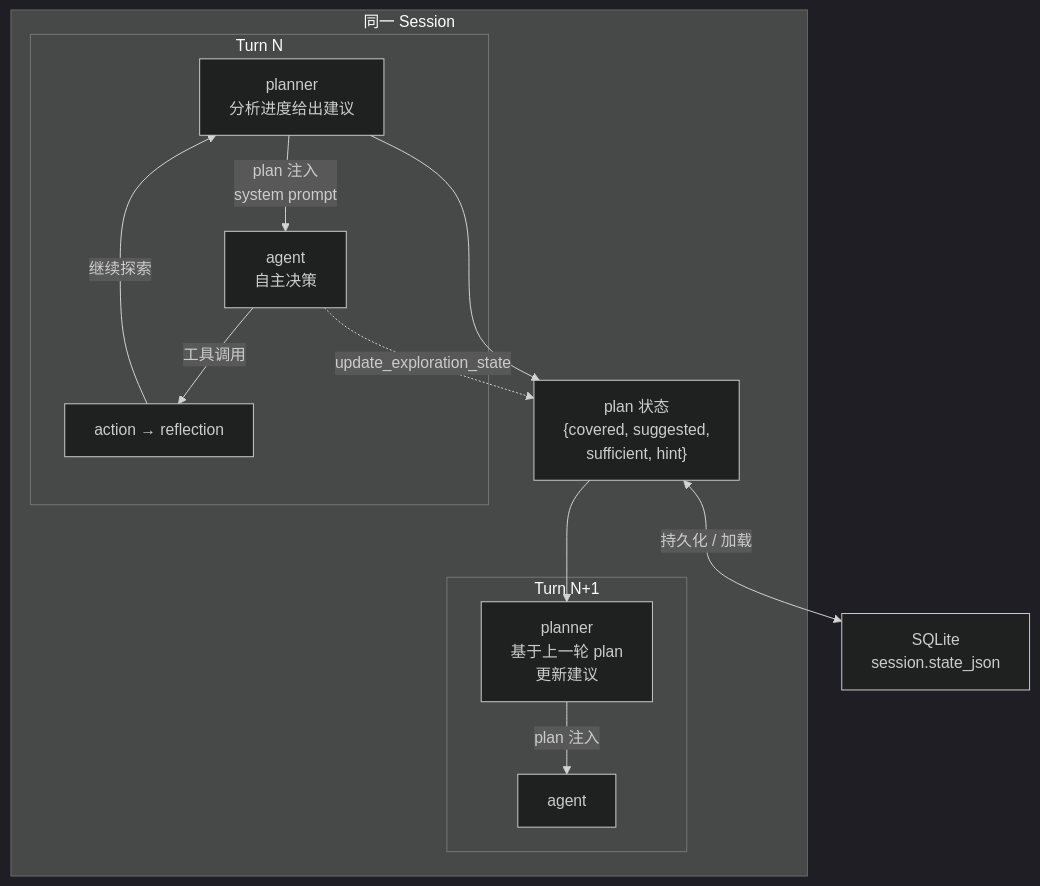
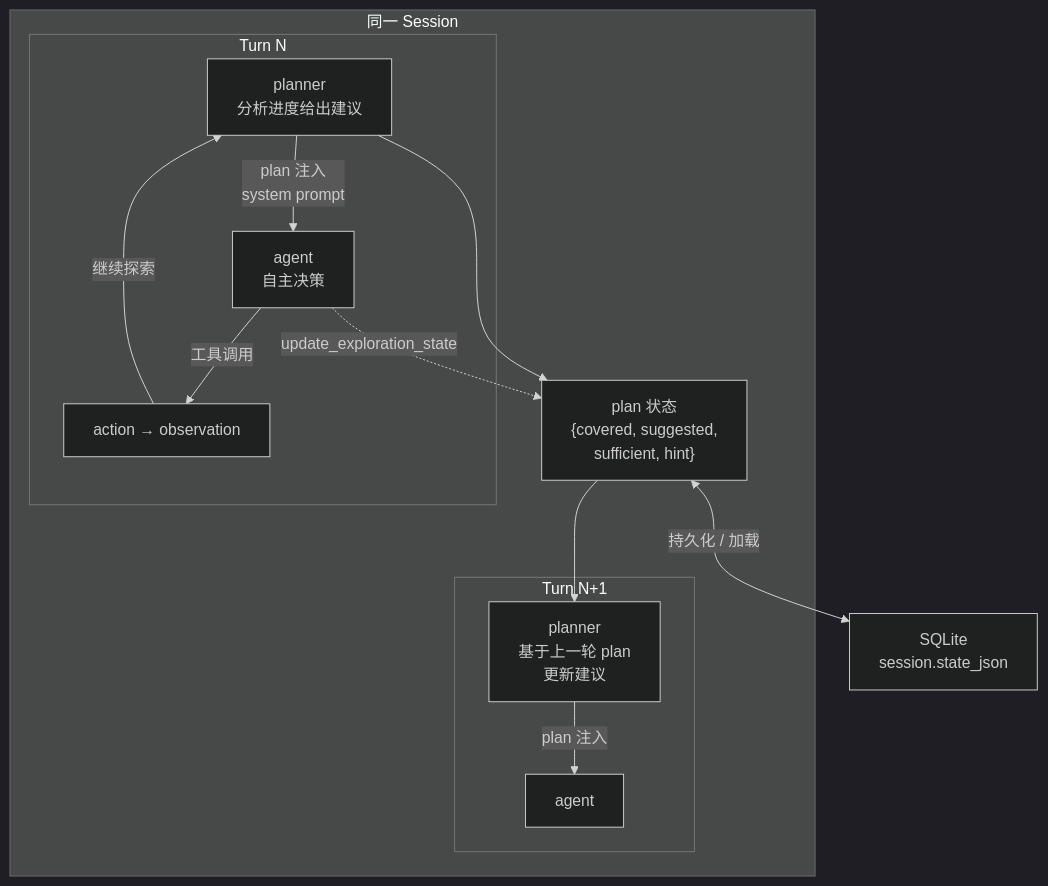
The tenth of 14 diagrams in README.md (xiao-Huahuo/Agent-Core-Service), drawn with Mermaid (dark theme) before and after one commit. The commit also changed other lines of this file and 14 other files, not shown here.

````diff
--- a/README.md
+++ b/README.md
@@ -447,22 +447,22 @@
 ```mermaid
 flowchart TD
     subgraph session["同一 Session"]
         subgraph turn1["Turn N"]
             P1["planner<br/>分析进度给出建议"] -->|"plan 注入<br/>system prompt"| A1["agent<br/>自主决策"]
-            A1 -->|"工具调用"| T1["action → reflection"]
+            A1 -->|"工具调用"| T1["action → observation"]
             T1 -->|"继续探索"| P1
         end
 
         subgraph turn2["Turn N+1"]
             P2["planner<br/>基于上一轮 plan<br/>更新建议"] -->|"plan 注入"| A2["agent"]
         end
 
         plan["plan 状态<br/>{covered, suggested,<br/>sufficient, hint}"]
 
         P1 --> plan
         A1 -.->|"update_exploration_state"| plan
         plan --> P2
     end
 
     plan <-->|"持久化 / 加载"| DB["SQLite<br/>session.state_json"]
 ```
````
